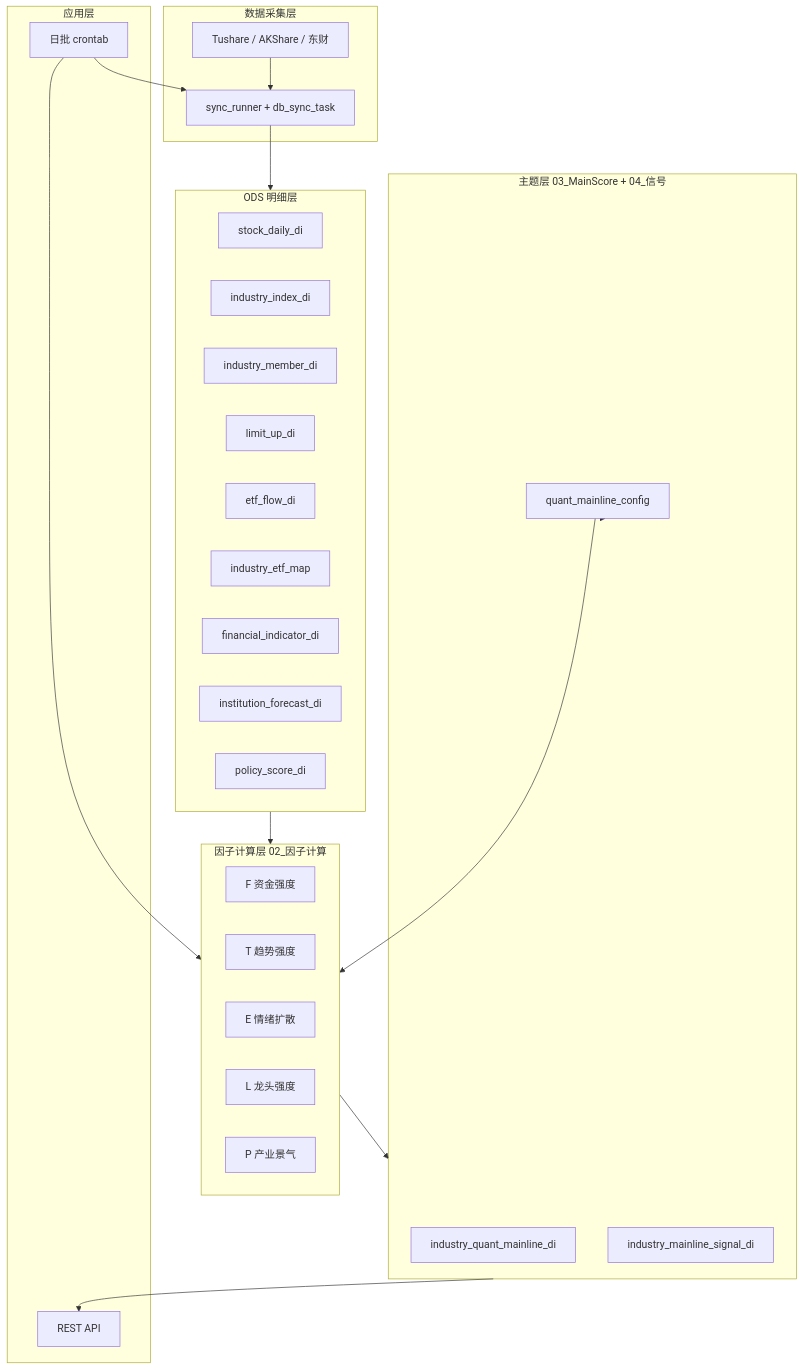
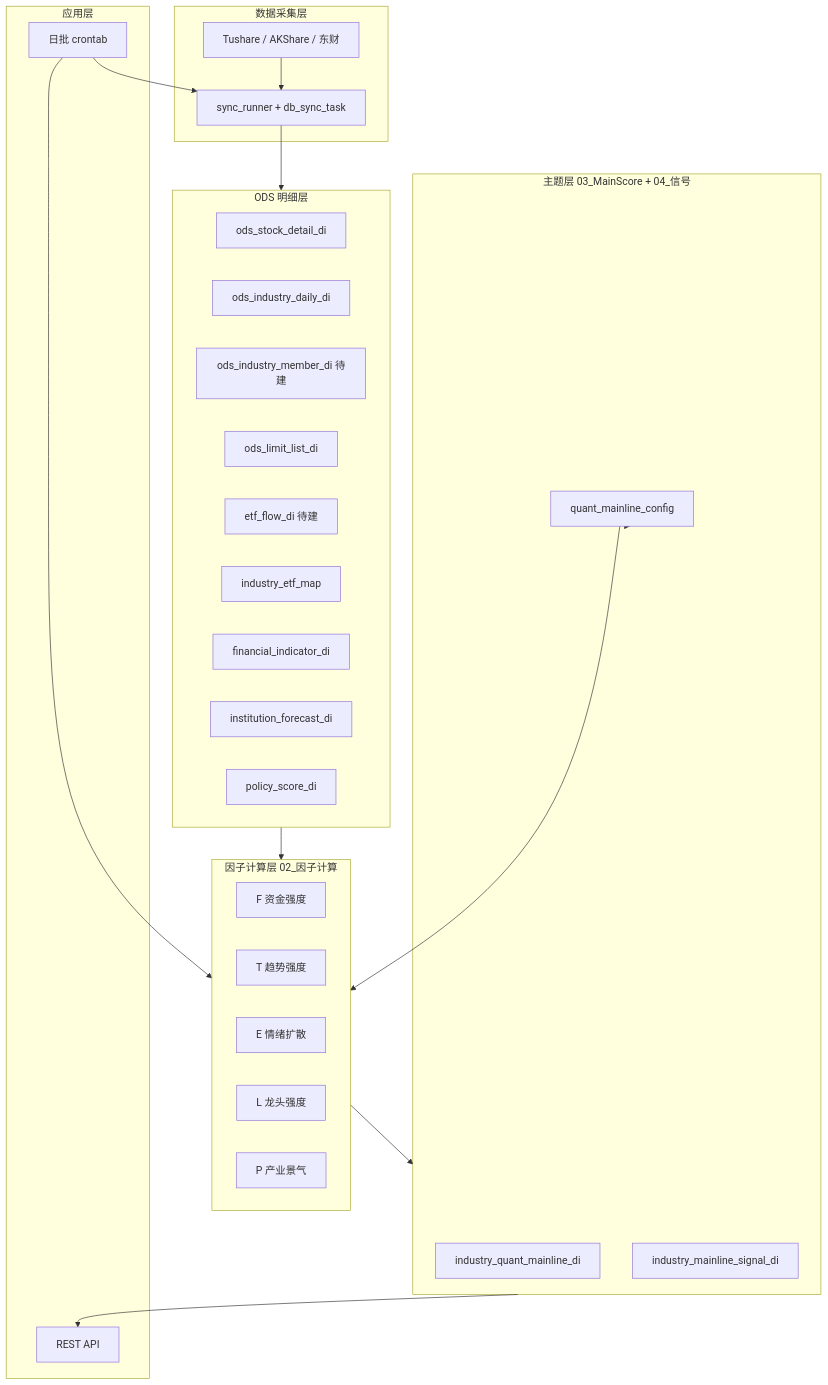
The first of 2 diagrams in 需求整理/需求3-量化主线板块-技术文档.md (jinlujie111/stock_data), drawn with Mermaid before and after one commit. The commit also changed other lines of this file and 6 other files, not shown here.

````diff
--- a/需求整理/需求3-量化主线板块-技术文档.md
+++ b/需求整理/需求3-量化主线板块-技术文档.md
@@ -11,41 +11,41 @@
 ```mermaid
 flowchart TB
     subgraph ingest [数据采集层]
         TS[Tushare / AKShare / 东财]
         SYNC[sync_runner + db_sync_task]
     end
     subgraph ods [ODS 明细层]
-        T1[stock_daily_di]
-        T2[industry_index_di]
-        T3[industry_member_di]
-        T4[limit_up_di]
-        T5[etf_flow_di]
+        T1[ods_stock_detail_di]
+        T2[ods_industry_daily_di]
+        T3[ods_industry_member_di 待建]
+        T4[ods_limit_list_di]
+        T5[etf_flow_di 待建]
         T6[industry_etf_map]
         T7[financial_indicator_di]
         T8[institution_forecast_di]
         T9[policy_score_di]
     end
     subgraph dwd [因子计算层 02_因子计算]
         F[F 资金强度]
         Tm[T 趋势强度]
         E[E 情绪扩散]
         L[L 龙头强度]
         P[P 产业景气]
     end
     subgraph dm [主题层 03_MainScore + 04_信号]
         MS[industry_quant_mainline_di]
         SG[industry_mainline_signal_di]
         CFG[quant_mainline_config]
     end
     subgraph app [应用层]
         API[REST API]
         JOB[日批 crontab]
     end
     TS --> SYNC --> ods
     ods --> dwd --> dm
     dm --> API
     JOB --> SYNC
     JOB --> dwd
     CFG --> dwd
     CFG --> dm
 ```
````
